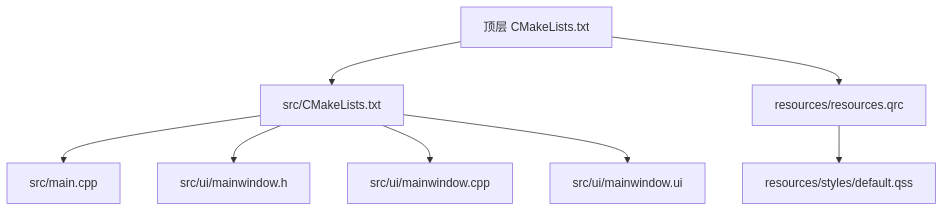
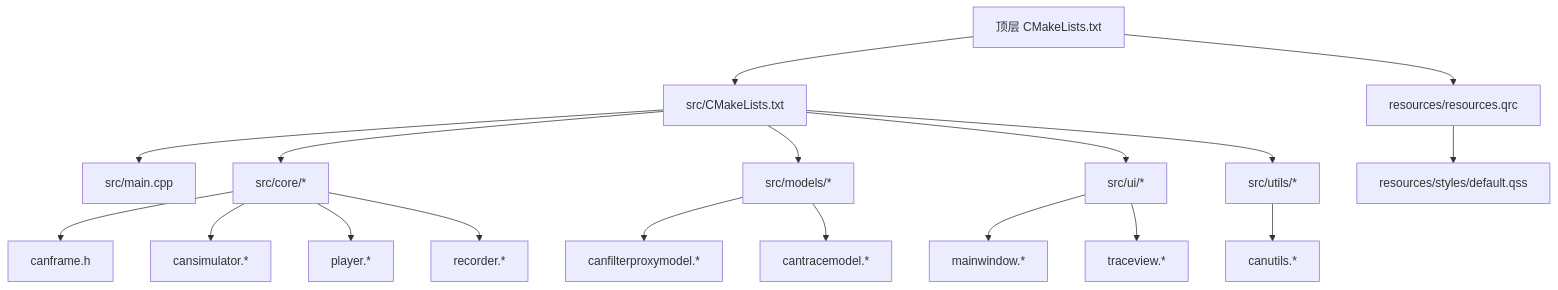
The first of 5 diagrams in .qoder/repowiki/zh/content/核心模块详解/核心模块详解.md (jakecai1225-design/OpenBus), drawn with Mermaid before and after one commit. The commit also changed other lines of this file and 31 other files, not shown here.

````diff
--- a/.qoder/repowiki/zh/content/核心模块详解/核心模块详解.md
+++ b/.qoder/repowiki/zh/content/核心模块详解/核心模块详解.md
@@ -44,10 +71,20 @@
 ```mermaid
 graph TB
 A["顶层 CMakeLists.txt"] --> B["src/CMakeLists.txt"]
 B --> C["src/main.cpp"]
-B --> D["src/ui/mainwindow.h"]
-B --> E["src/ui/mainwindow.cpp"]
-B --> F["src/ui/mainwindow.ui"]
-A --> G["resources/resources.qrc"]
-G --> H["resources/styles/default.qss"]
+B --> D["src/core/*"]
+B --> E["src/models/*"]
+B --> F["src/ui/*"]
+B --> G["src/utils/*"]
+A --> H["resources/resources.qrc"]
+H --> I["resources/styles/default.qss"]
+D --> J["canframe.h"]
+D --> K["cansimulator.*"]
+D --> L["player.*"]
+D --> M["recorder.*"]
+E --> N["canfilterproxymodel.*"]
+E --> O["cantracemodel.*"]
+F --> P["mainwindow.*"]
+F --> Q["traceview.*"]
+G --> R["canutils.*"]
 ```
````
